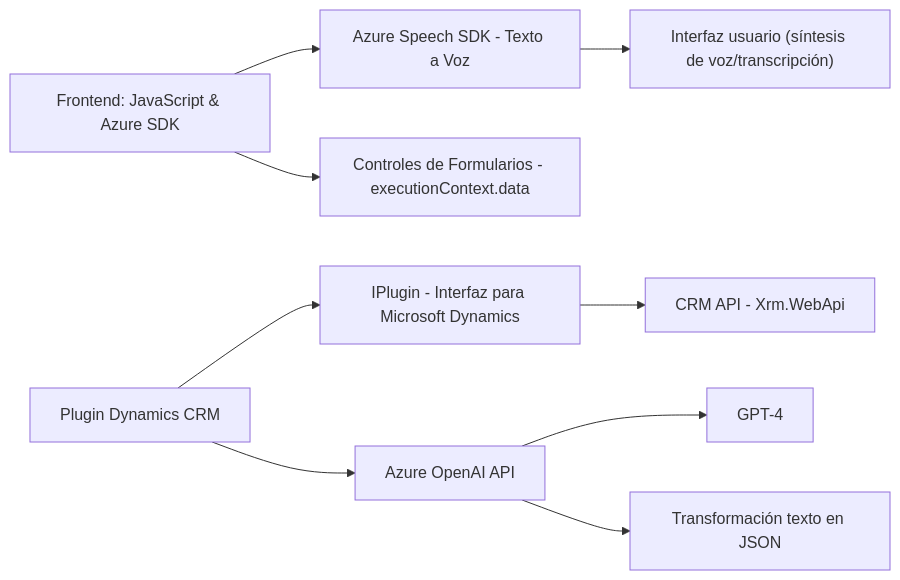
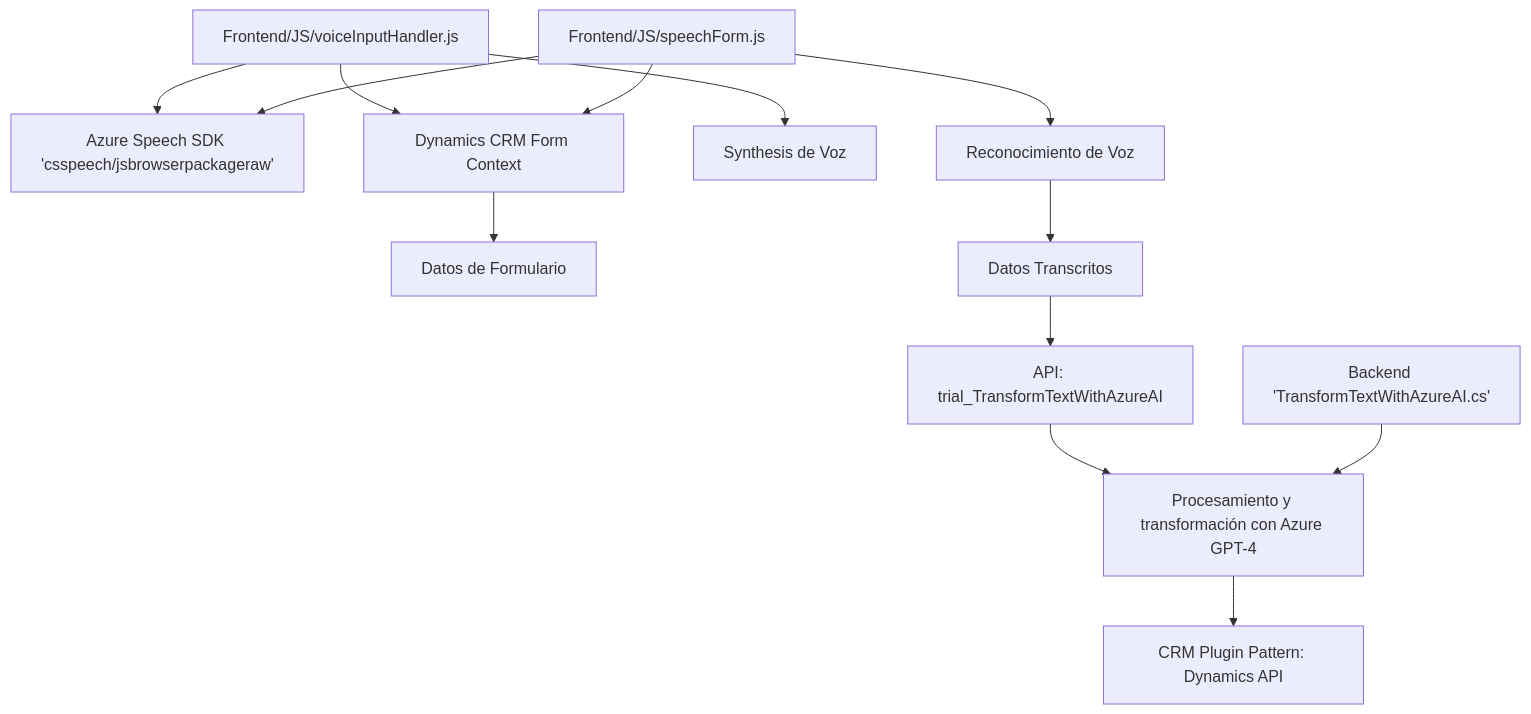
The diagram in README.md (blopezdm/NETCORE_BILBAO2025), drawn with Mermaid before and after one commit. The commit also changed other lines of this file, not shown here.

Commit message:
Actualizar análisis global de la solución con IA

````diff
--- a/README.md
+++ b/README.md
@@ -45,11 +35,17 @@
 ```mermaid
-graph LR
-  A["Frontend: JavaScript & Azure SDK"] --> B["Azure Speech SDK - Texto a Voz"]
-  A --> C["Controles de Formularios - executionContext.data"]
-  B --> D["Interfaz usuario (síntesis de voz/transcripción)"]
-  E["Plugin Dynamics CRM"] --> F["IPlugin - Interfaz para Microsoft Dynamics"]
-  E --> G["Azure OpenAI API"]
-  G --> H["GPT-4"]
-  F --> J["CRM API - Xrm.WebApi"]
-  G --> I["Transformación texto en JSON"]
+graph TD
+    A["Frontend/JS/voiceInputHandler.js"] --> B["Azure Speech SDK 'csspeech/jsbrowserpackageraw'"]
+    A --> C["Dynamics CRM Form Context"]
+    C --> D["Datos de Formulario"]
+    A --> E["Synthesis de Voz"]
+
+    F["Frontend/JS/speechForm.js"] --> B
+    F --> C
+    F --> G["Reconocimiento de Voz"]
+    G --> H["Datos Transcritos"]
+    H --> J["API: trial_TransformTextWithAzureAI"]
+    J --> K["Procesamiento y transformación con Azure GPT-4"]
+
+    L["Backend 'TransformTextWithAzureAI.cs'"] --> K
+    K --> M["CRM Plugin Pattern: Dynamics API"]
 ```
````
